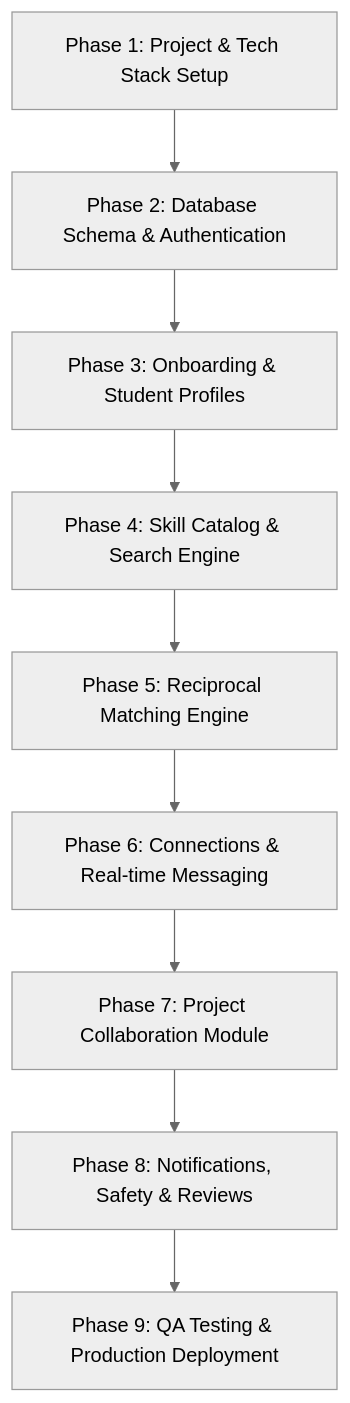
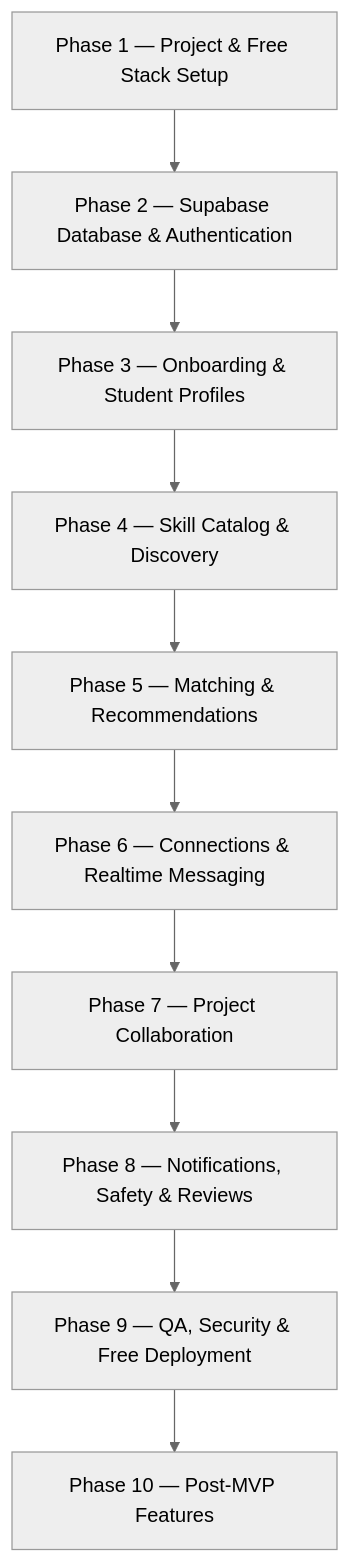
Before and after one commit to yuvraj4codes/Stex_Skill: the diagram in STEPS.md, drawn with Mermaid (neutral theme). The commit also changed other lines of this file, not shown here.

Commit message:
docs: standardize STEX roadmap on free-tier Supabase MVP

````diff
--- a/STEPS.md
+++ b/STEPS.md
@@ -9,11 +49,12 @@
 ```mermaid
 flowchart TD
-    P1[Phase 1: Project & Tech Stack Setup] --> P2[Phase 2: Database Schema & Authentication]
-    P2 --> P3[Phase 3: Onboarding & Student Profiles]
-    P3 --> P4[Phase 4: Skill Catalog & Search Engine]
-    P4 --> P5[Phase 5: Reciprocal Matching Engine]
-    P5 --> P6[Phase 6: Connections & Real-time Messaging]
-    P6 --> P7[Phase 7: Project Collaboration Module]
-    P7 --> P8[Phase 8: Notifications, Safety & Reviews]
-    P8 --> P9[Phase 9: QA Testing & Production Deployment]
+    P1[Phase 1 — Project & Free Stack Setup] --> P2[Phase 2 — Supabase Database & Authentication]
+    P2 --> P3[Phase 3 — Onboarding & Student Profiles]
+    P3 --> P4[Phase 4 — Skill Catalog & Discovery]
+    P4 --> P5[Phase 5 — Matching & Recommendations]
+    P5 --> P6[Phase 6 — Connections & Realtime Messaging]
+    P6 --> P7[Phase 7 — Project Collaboration]
+    P7 --> P8[Phase 8 — Notifications, Safety & Reviews]
+    P8 --> P9[Phase 9 — QA, Security & Free Deployment]
+    P9 --> P10[Phase 10 — Post-MVP Features]
 ```
````
